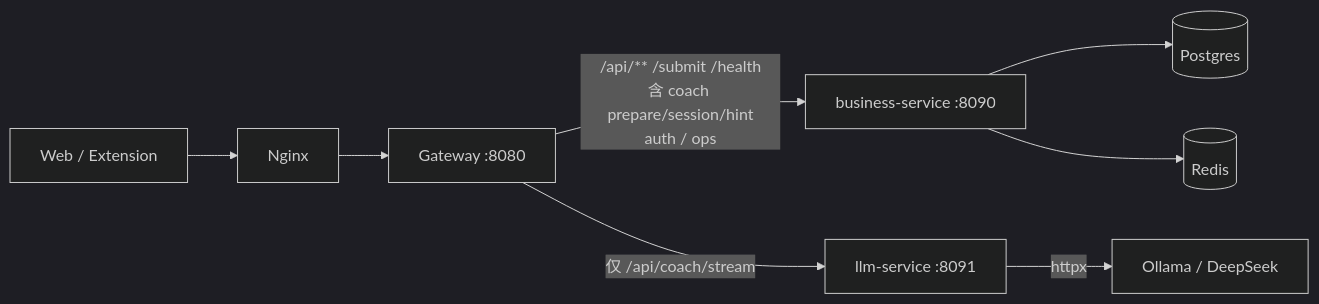
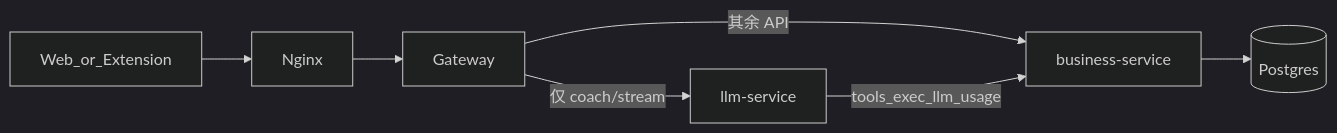
The diagram in docs/architecture/BUSINESS_FLOW.md (cungphammanh590-star/CodeArena), drawn with Mermaid (dark theme) before and after one commit. The commit also changed other lines of this file and 80 other files, not shown here.

````diff
--- a/docs/architecture/BUSINESS_FLOW.md
+++ b/docs/architecture/BUSINESS_FLOW.md
@@ -9,10 +9,8 @@
 ```mermaid
 flowchart LR
-  Client[Web / Extension] --> Nginx
-  Nginx --> GW[Gateway :8080]
-  GW -->|/api/** /submit /health<br/>含 coach prepare/session/hint<br/>auth / ops| Biz[business-service :8090]
-  GW -->|仅 /api/coach/stream| LLM[llm-service :8091]
-  LLM -->|httpx| Upstream[Ollama / DeepSeek]
+  Client[Web_or_Extension] --> Nginx --> GW[Gateway]
+  GW -->|其余 API| Biz[business-service]
+  GW -->|仅 coach/stream| LLM[llm-service]
+  LLM -->|tools_exec_llm_usage| Biz
   Biz --> PG[(Postgres)]
-  Biz --> Redis[(Redis)]
 ```
````
